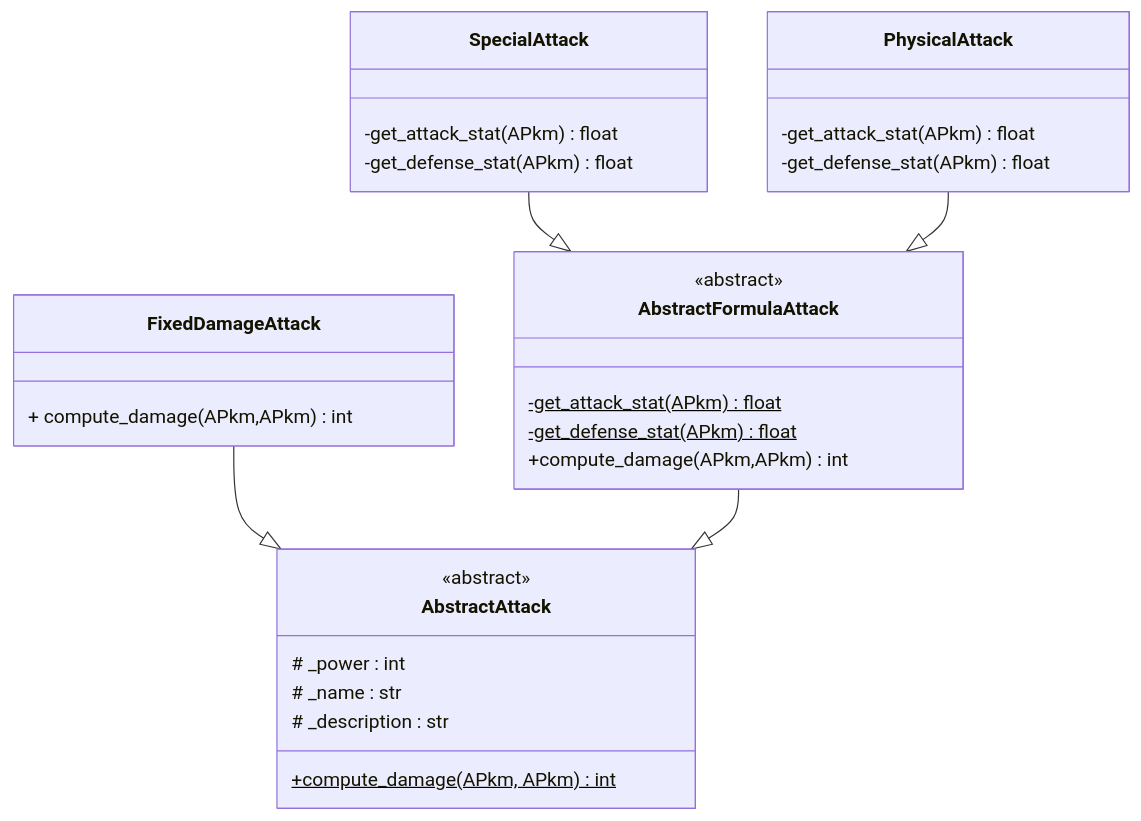
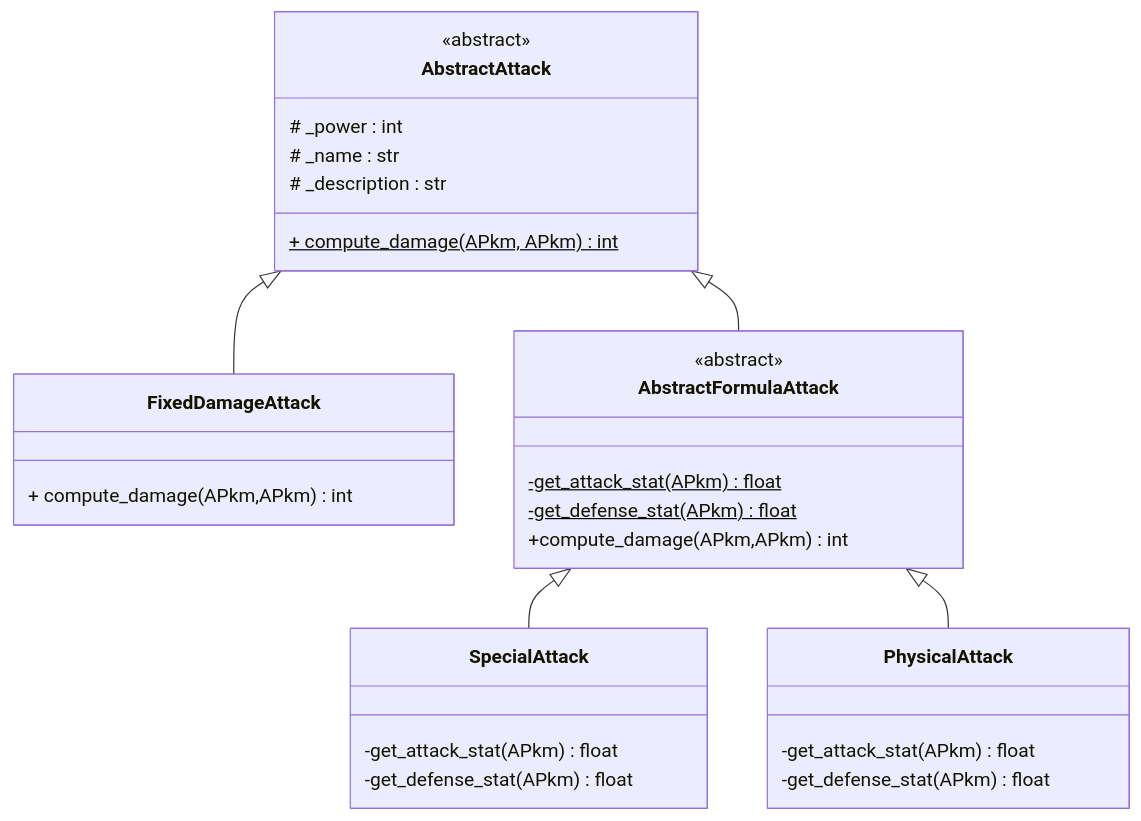
Before and after one commit to ludo2ne/ENSAI-2A-complement-info: the fourth of 5 diagrams in doc/TP1.md, drawn with Mermaid. The commit also changed other lines of this file, not shown here.

````diff
--- a/doc/TP1.md
+++ b/doc/TP1.md
@@ -311,36 +298,37 @@
 ```mermaid
 classDiagram
 
-class AbstractAttack{
- <<abstract>>
- # _power : int
- # _name : str
- # _description : str
- +compute_damage(APkm, APkm)$  int
- }
- class FixedDamageAttack{
-  + compute_damage(APkm,APkm )  int
- }
-    class AbstractFormulaAttack{
+  class AbstractAttack{
     <<abstract>>
-  -get_attack_stat(APkm)$  float
-  -get_defense_stat(APkm)$  float
-  +compute_damage(APkm,APkm)  int
- }
+    # _power : int
+    # _name : str
+    # _description : str
+    + compute_damage(APkm, APkm)$  int
+  }
+
+   class FixedDamageAttack{
+    + compute_damage(APkm,APkm )  int
+   }
+
+  class AbstractFormulaAttack{
+    <<abstract>>
+    -get_attack_stat(APkm)$  float
+    -get_defense_stat(APkm)$  float
+    +compute_damage(APkm,APkm)  int
+  }
  
-    class PhysicalAttack{
-  -get_attack_stat(APkm)  float
-  -get_defense_stat(APkm)  float
- }
+  class PhysicalAttack{
+    -get_attack_stat(APkm)  float
+    -get_defense_stat(APkm)  float
+  }
  
-    class SpecialAttack{
-  -get_attack_stat(APkm)  float
-  -get_defense_stat(APkm)  float
- }
+  class SpecialAttack{
+    -get_attack_stat(APkm)  float
+    -get_defense_stat(APkm)  float
+  }
  
- FixedDamageAttack--|>AbstractAttack
- AbstractFormulaAttack--|>AbstractAttack
- SpecialAttack--|>AbstractFormulaAttack
- PhysicalAttack--|>AbstractFormulaAttack
-
+   AbstractAttack <|-- FixedDamageAttack
+   AbstractAttack <|-- AbstractFormulaAttack
+   AbstractFormulaAttack <|-- SpecialAttack
+   AbstractFormulaAttack <|-- PhysicalAttack
 ```
````
